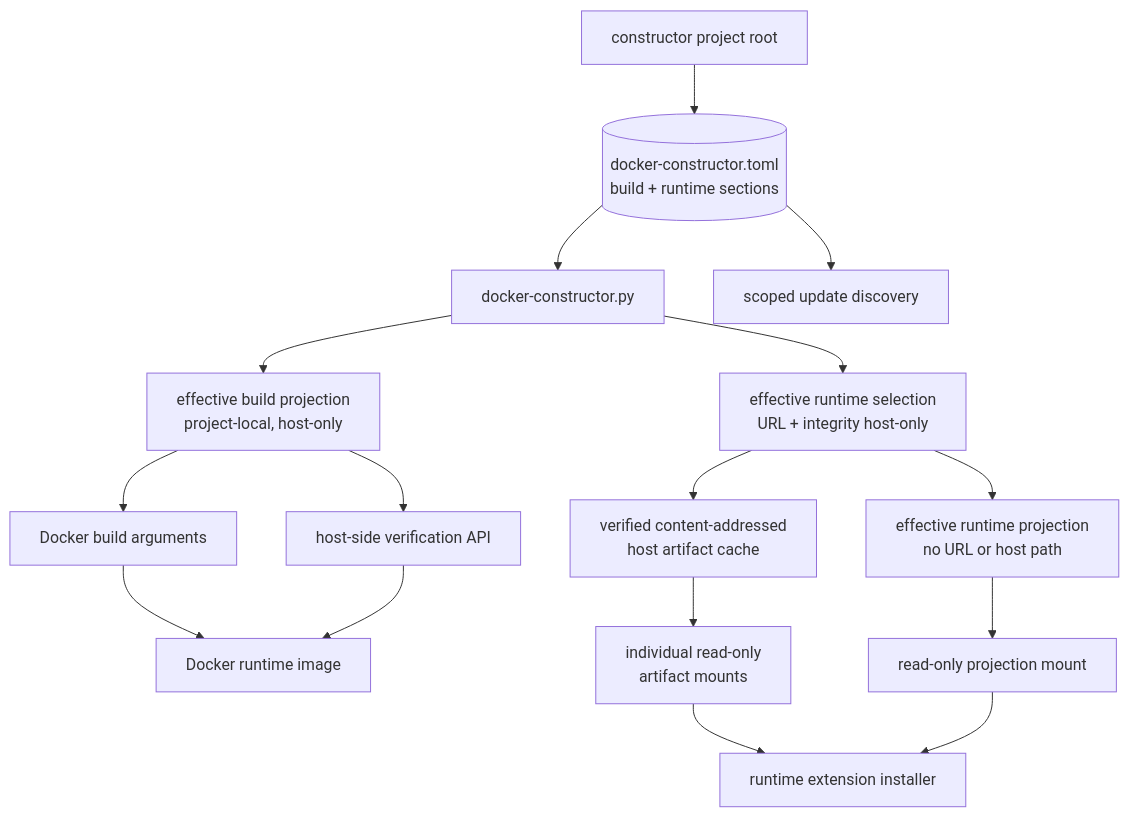
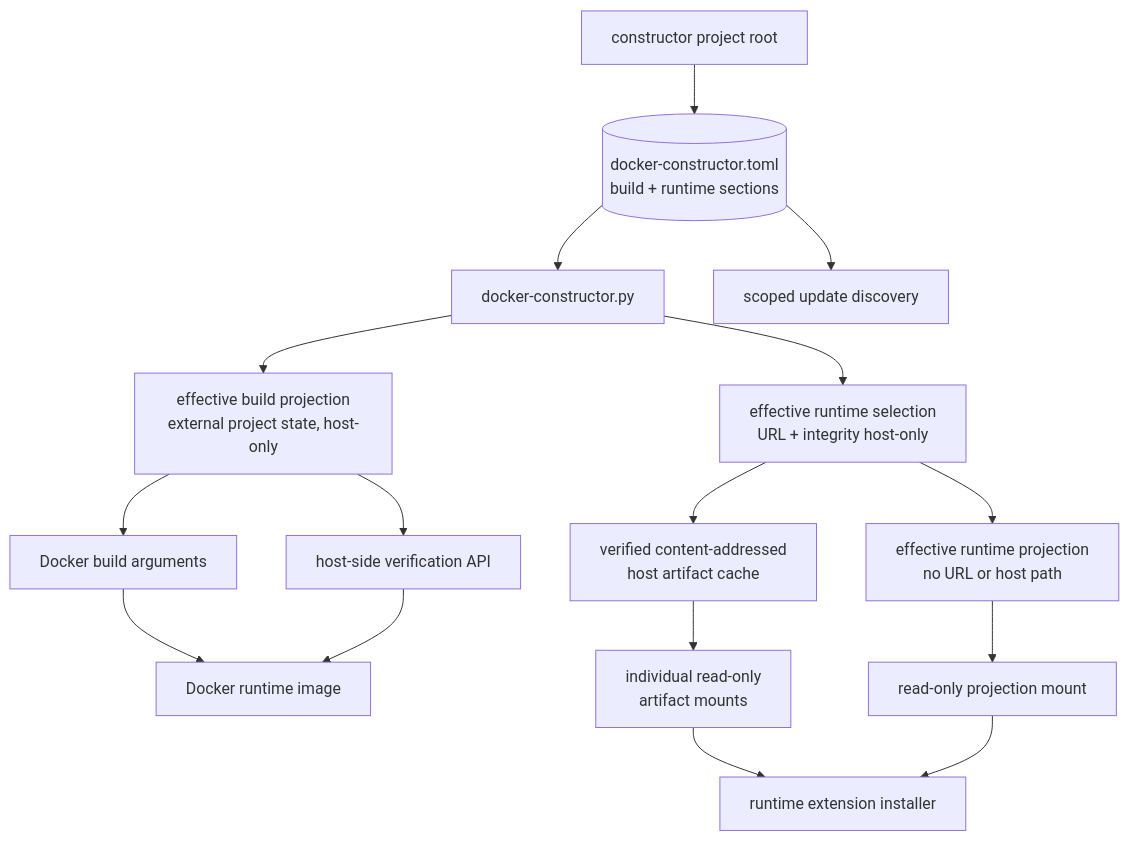
Before and after one commit to alexvas/claude-cli-setup: the diagram in openspec/changes/decouple-constructor-project-root/specs/docker-build-reproducibility/spec.md, drawn with Mermaid. The commit also changed other lines of this file and 16 other files, not shown here.

````diff
--- a/openspec/changes/decouple-constructor-project-root/specs/docker-build-reproducibility/spec.md
+++ b/openspec/changes/decouple-constructor-project-root/specs/docker-build-reproducibility/spec.md
@@ -8,18 +8,18 @@
 ```mermaid
 graph TD
     ROOT[constructor project root] --> INV[(docker-constructor.toml<br/>build + runtime sections)]
     INV --> CLI[docker-constructor.py]
-    CLI --> BP[effective build projection<br/>project-local, host-only]
+    CLI --> BP[effective build projection<br/>external project state, host-only]
     BP --> BUILD[Docker build arguments]
     BUILD --> IMG[Docker runtime image]
     BP --> VERIFY[host-side verification API]
     VERIFY --> IMG
     CLI --> SELECT[effective runtime selection<br/>URL + integrity host-only]
     SELECT --> CACHE[verified content-addressed<br/>host artifact cache]
     CACHE --> MOUNTS[individual read-only<br/>artifact mounts]
     SELECT --> RP[effective runtime projection<br/>no URL or host path]
     RP --> RUN[read-only projection mount]
     MOUNTS --> INSTALL[runtime extension installer]
     RUN --> INSTALL
     INV --> UPDATES[scoped update discovery]
 ```
````
